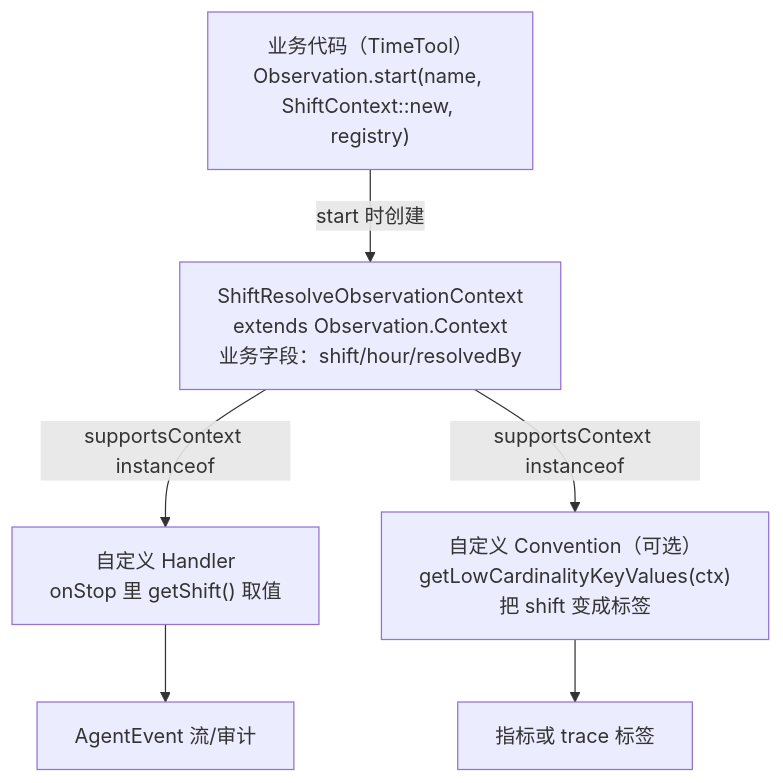
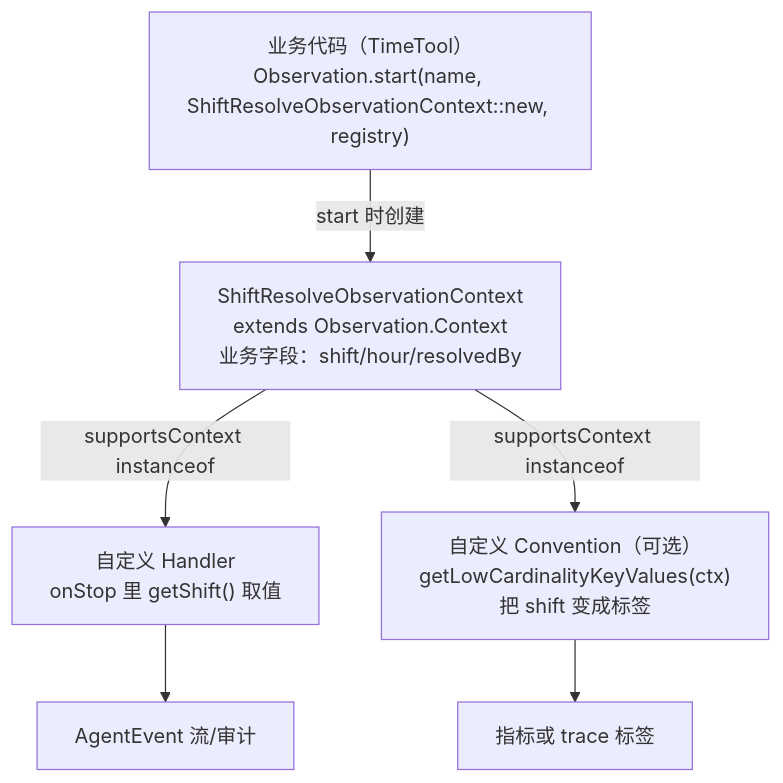
The second of 2 diagrams in docs/教程/05-Observation可观测/03-自定义Handler：收集Agent阶段事件流.md (UranusGit/java-agent-learn), drawn with Mermaid before and after one commit. The commit also changed other lines of this file and 12 other files, not shown here.

````diff
--- a/docs/教程/05-Observation可观测/03-自定义Handler：收集Agent阶段事件流.md
+++ b/docs/教程/05-Observation可观测/03-自定义Handler：收集Agent阶段事件流.md
@@ -194,8 +197,8 @@
 ```mermaid
 graph TD
-    B["业务代码（TimeTool）<br/>Observation.start(name, ShiftContext::new, registry)"] -->|"start 时创建"| C["ShiftResolveObservationContext<br/>extends Observation.Context<br/>业务字段：shift/hour/resolvedBy"]
+    B["业务代码（TimeTool）<br/>Observation.start(name, ShiftResolveObservationContext::new, registry)"] -->|"start 时创建"| C["ShiftResolveObservationContext<br/>extends Observation.Context<br/>业务字段：shift/hour/resolvedBy"]
     C -->|"supportsContext instanceof"| H["自定义 Handler<br/>onStop 里 getShift() 取值"]
     C -->|"supportsContext instanceof"| V["自定义 Convention（可选）<br/>getLowCardinalityKeyValues(ctx)<br/>把 shift 变成标签"]
     H --> E["AgentEvent 流/审计"]
     V --> M["指标或 trace 标签"]
 ```
````
